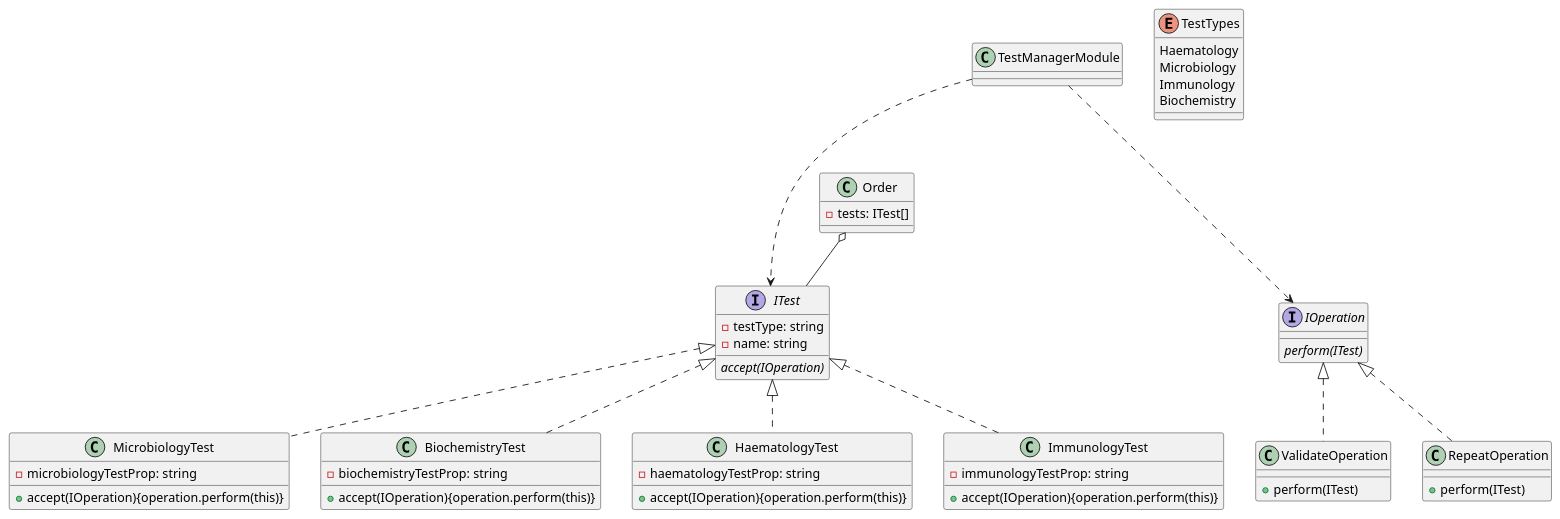
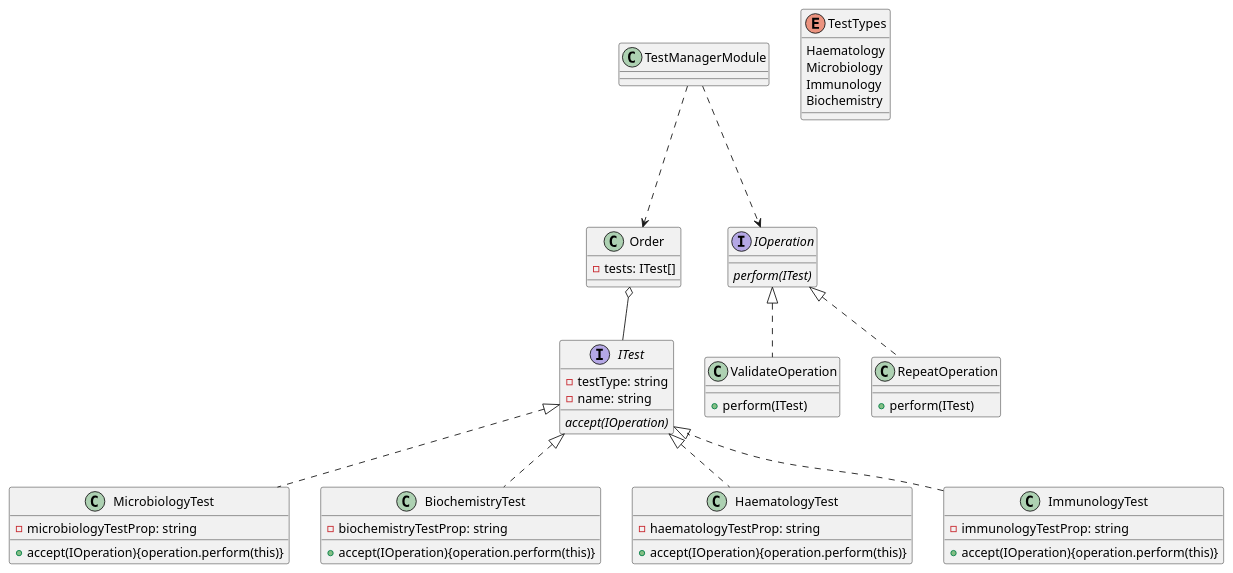
The diagram in Test Manager Module.puml (jacxon4/TestManagerModuleAssesment), drawn with PlantUML before and after one commit. The commit also changed 2 other files, not shown here.

Commit message:
- Update diagram - Change readme to new link

```diff
--- a/Test Manager Module.puml
+++ b/Test Manager Module.puml
@@ -1,42 +1,42 @@
 @startuml
 
 Interface ITest
-TestManagerModule ...> ITest
+TestManagerModule ...> Order
 TestManagerModule ...> IOperation
 ITest <|.. MicrobiologyTest
 ITest <|.. BiochemistryTest
 ITest <|.. HaematologyTest
 ITest <|.. ImmunologyTest
 Order o-- ITest
 
 
 IOperation <|.. ValidateOperation
 IOperation <|.. RepeatOperation
 
 Order : - tests: ITest[]
 ITest : {abstract}accept(IOperation)
 ITest : - testType: string
 ITest : - name: string
 MicrobiologyTest : - microbiologyTestProp: string
 MicrobiologyTest : +accept(IOperation){operation.perform(this)}
 BiochemistryTest : - biochemistryTestProp: string
 BiochemistryTest : +accept(IOperation){operation.perform(this)}
 HaematologyTest : - haematologyTestProp: string
 HaematologyTest : +accept(IOperation){operation.perform(this)}
 ImmunologyTest : - immunologyTestProp: string
 ImmunologyTest : +accept(IOperation){operation.perform(this)}
 
 Interface IOperation
 IOperation : {abstract}perform(ITest)
 ValidateOperation : +perform(ITest)
 RepeatOperation : +perform(ITest)
 
 enum TestTypes{
     Haematology
     Microbiology
     Immunology
     Biochemistry
 }
 
 
 @enduml
```
